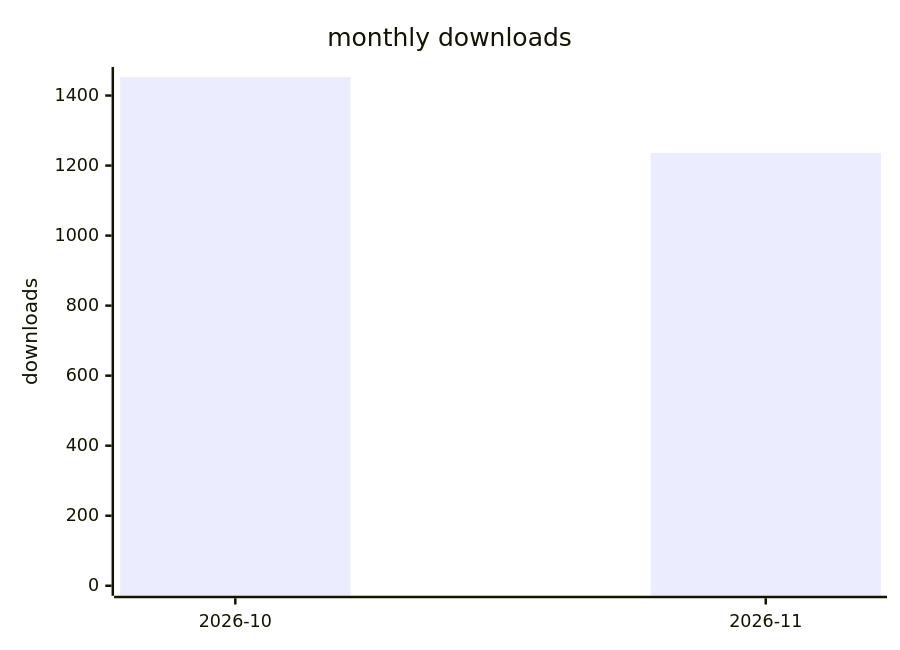
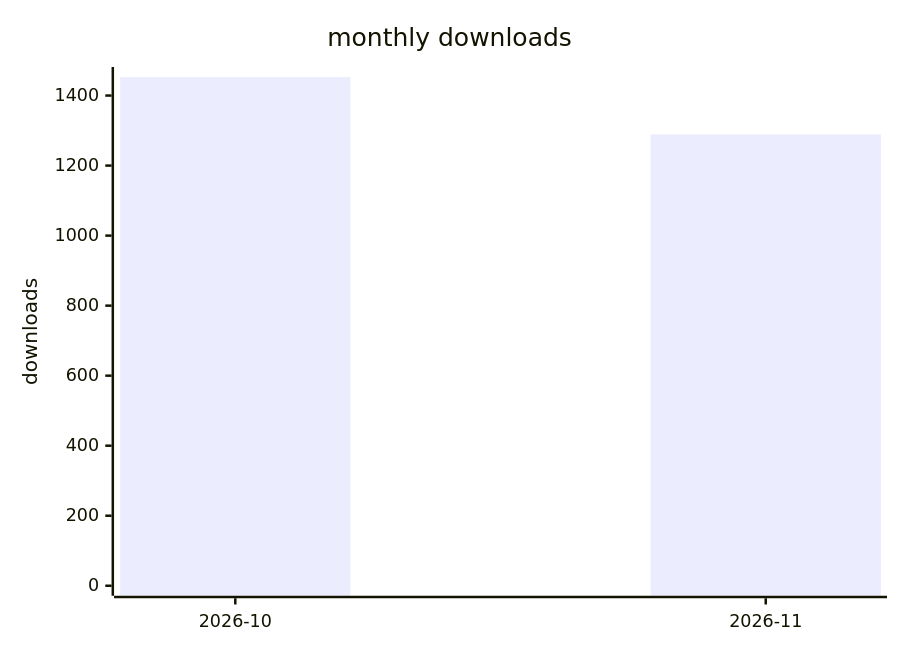
Before and after one commit to terry2010/dsh-loop-recover: the second of 2 diagrams in docs/downloads-2026.md, drawn with Mermaid. The commit also changed other lines of this file and 1 other file, not shown here.

````diff
--- a/docs/downloads-2026.md
+++ b/docs/downloads-2026.md
@@ -29,7 +29,7 @@
 ```mermaid
 xychart-beta
     title "monthly downloads"
     x-axis ["2026-10", "2026-11"]
     y-axis "downloads" 0 --> 1453
-    bar [1453, 1236]
+    bar [1453, 1289]
 ```
````
